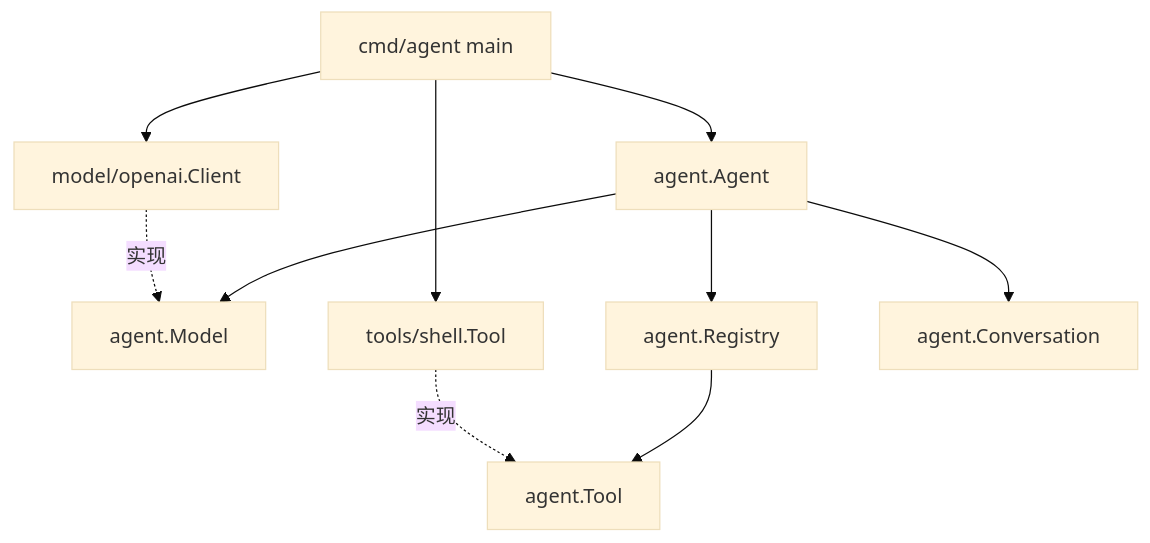
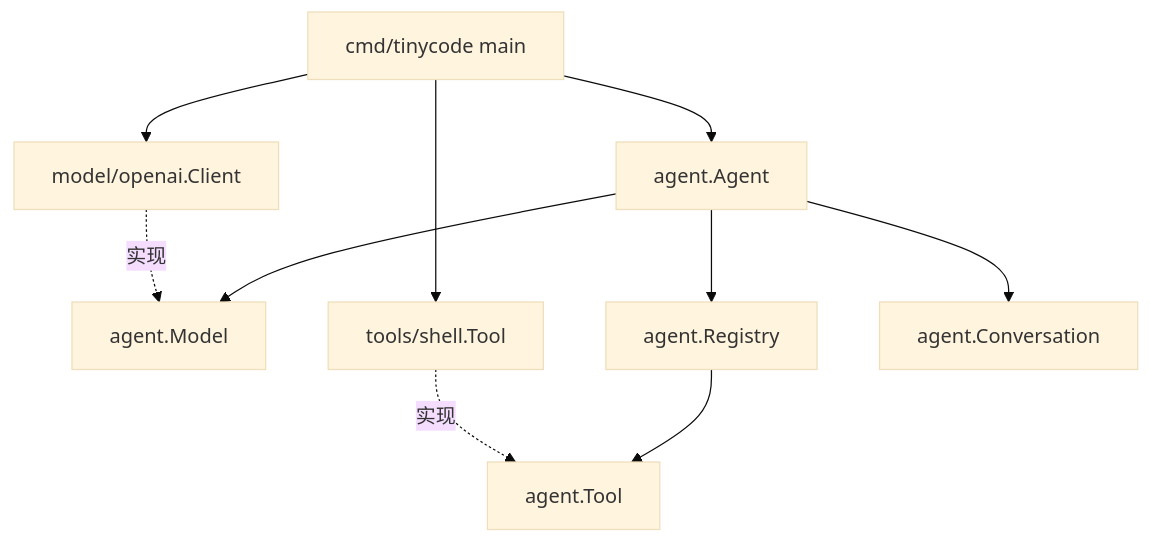
One commit to jaykizhou/tinyCode changed the first of 2 diagrams in docs/DESIGN.md. Above: the diagram before and after it, drawn with Mermaid (base theme). The commit also changed other lines of this file and 37 other files, not shown here.

````diff
--- a/docs/DESIGN.md
+++ b/docs/DESIGN.md
@@ -64,21 +63,21 @@
 ```mermaid
 graph TB
-    CLI[cmd/agent main]
+    CLI[cmd/tinycode main]
     A[agent.Agent]
     M[agent.Model]
     R[agent.Registry]
     T[agent.Tool]
     OA[model/openai.Client]
     SH[tools/shell.Tool]
     C[agent.Conversation]
 
     CLI --> A
     A --> M
     A --> R
     A --> C
     R --> T
     OA -.实现.-> M
     SH -.实现.-> T
     CLI --> OA
     CLI --> SH
 ```
````
